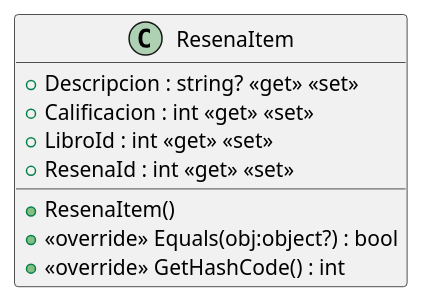
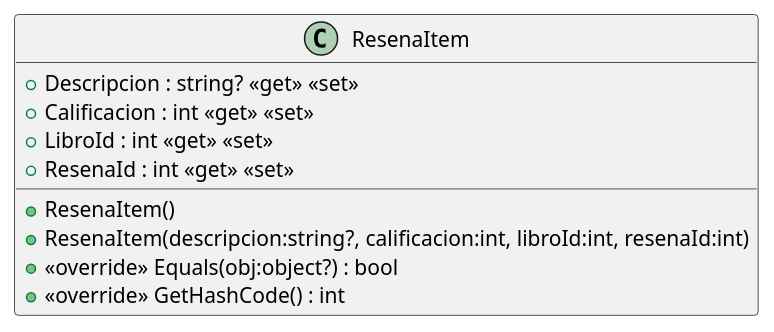
One commit to ISII2627NPA/ISII2627NPA changed the diagram in src/AppForSEII.API/ClassDiagram/ResenaItem.puml. Above: the diagram before and after it, drawn with PlantUML. The commit also changed 1 other file, not shown here.

Commit message:
Corrección en la clase ApplicationUser.cs y en ResenaItem.puml

```diff
--- a/src/AppForSEII.API/ClassDiagram/ResenaItem.puml
+++ b/src/AppForSEII.API/ClassDiagram/ResenaItem.puml
@@ -1,13 +1,12 @@
 @startuml
 class ResenaItem {
-    + ResenaItem()
     + Descripcion : string? <<get>> <<set>>
     + Calificacion : int <<get>> <<set>>
     + LibroId : int <<get>> <<set>>
     + ResenaId : int <<get>> <<set>>
+    + ResenaItem()
+    + ResenaItem(descripcion:string?, calificacion:int, libroId:int, resenaId:int)
     + <<override>> Equals(obj:object?) : bool
     + <<override>> GetHashCode() : int
-
-
 }
 @enduml
```
